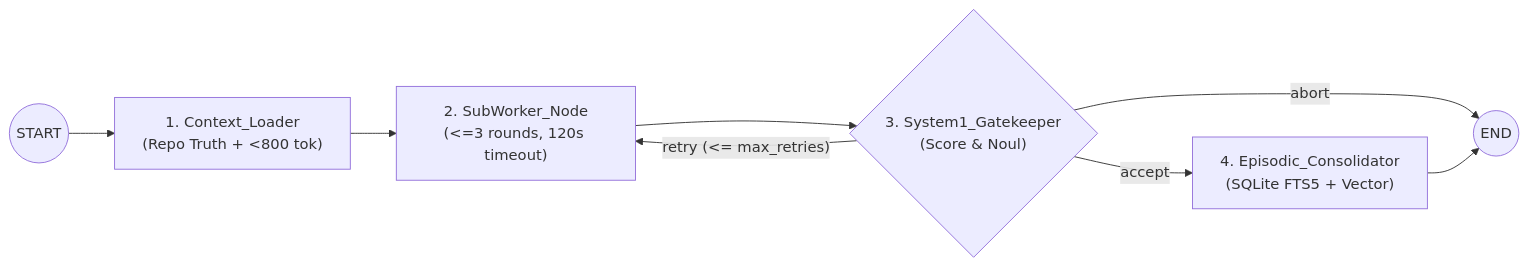
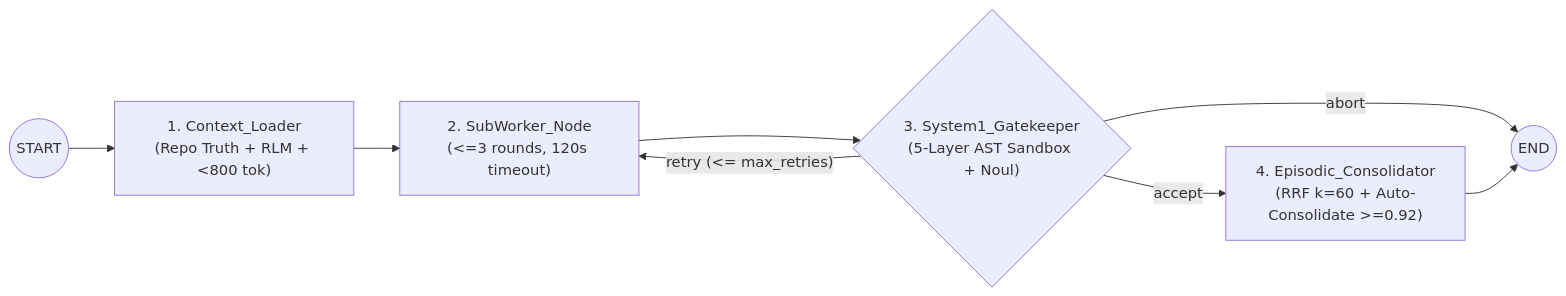
One commit to frankycode96/CoreNGN changed the diagram in README.md. Above: the diagram before and after it, drawn with Mermaid. The commit also changed other lines of this file, not shown here.

Commit message:
docs: update README with NeuroCore architectural features, CLI usage, and test suite

````diff
--- a/README.md
+++ b/README.md
@@ -43,10 +48,10 @@
 ```mermaid
 flowchart LR
-    START((START)) --> CL["1. Context_Loader<br/>(Repo Truth + <800 tok)"]
+    START((START)) --> CL["1. Context_Loader<br/>(Repo Truth + RLM + <800 tok)"]
     CL --> SW["2. SubWorker_Node<br/>(<=3 rounds, 120s timeout)"]
-    SW --> GK{"3. System1_Gatekeeper<br/>(Score & Noul)"}
-    GK -- "accept" --> EC["4. Episodic_Consolidator<br/>(SQLite FTS5 + Vector)"]
+    SW --> GK{"3. System1_Gatekeeper<br/>(5-Layer AST Sandbox + Noul)"}
+    GK -- "accept" --> EC["4. Episodic_Consolidator<br/>(RRF k=60 + Auto-Consolidate >=0.92)"]
     GK -- "retry (<= max_retries)" --> SW
     GK -- "abort" --> END((END))
     EC --> END
 ```
````
